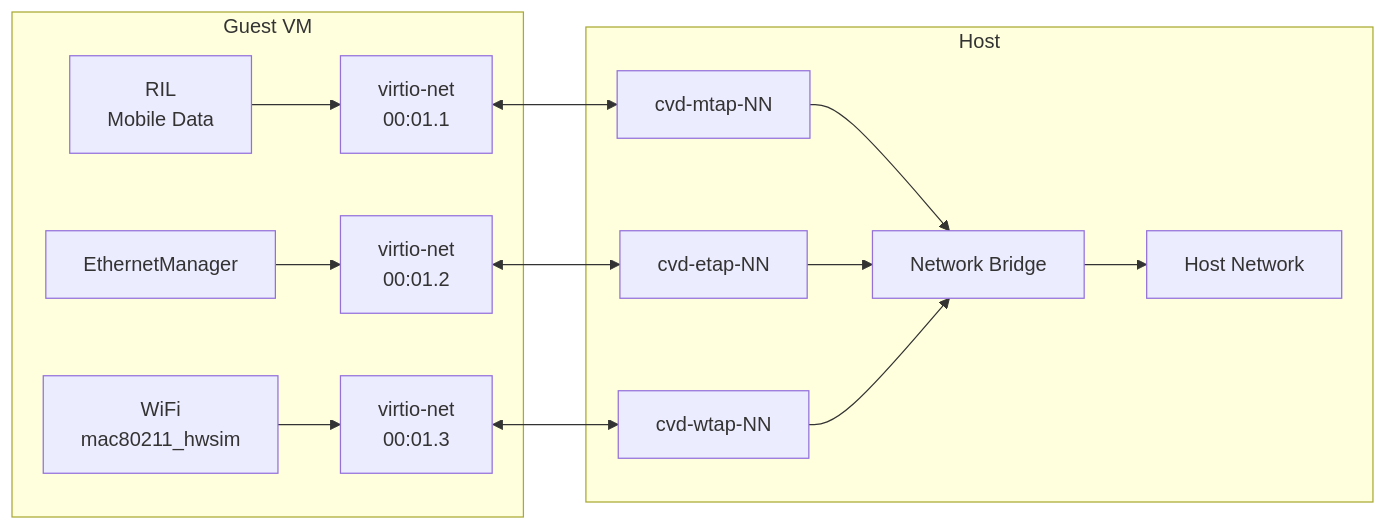
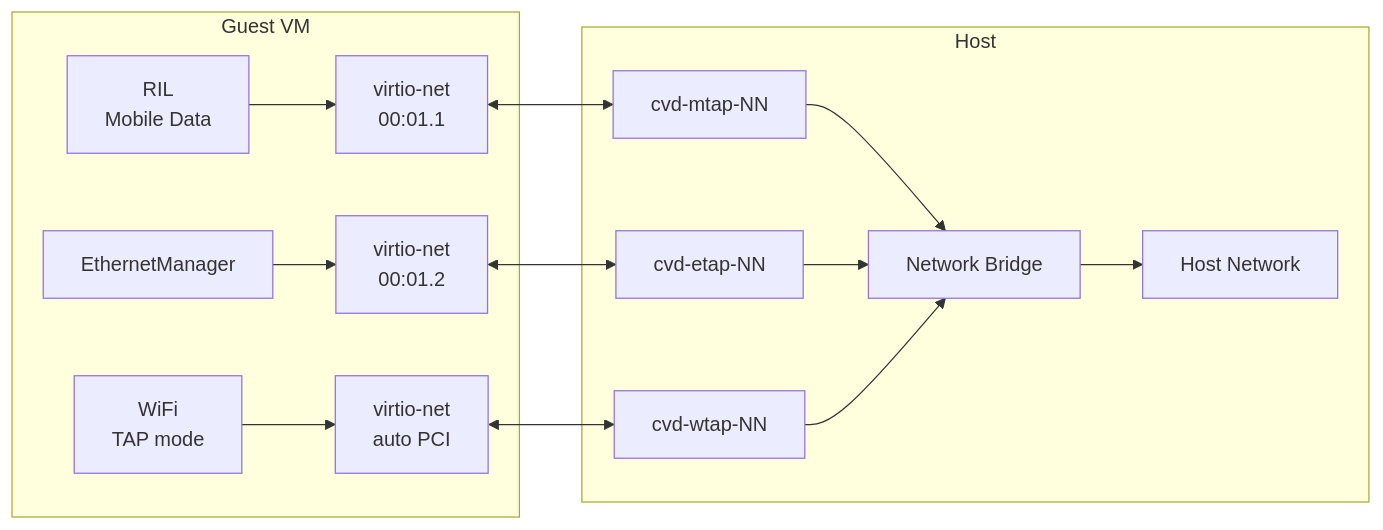
Diagram 16 of 20 in 60-emulator.md (aospbooks/aosp-internal-book), drawn with Mermaid before and after one commit. The commit also changed other lines of this file and 218 other files, not shown here.

````diff
--- a/60-emulator.md
+++ b/60-emulator.md
@@ -2650,19 +2678,19 @@
 ```mermaid
 graph LR
     subgraph Guest["Guest VM"]
         RMIL["RIL<br/>Mobile Data"] --> VN1["virtio-net<br/>00:01.1"]
         ETH["EthernetManager"] --> VN2["virtio-net<br/>00:01.2"]
-        WIFI["WiFi<br/>mac80211_hwsim"] --> VN3["virtio-net<br/>00:01.3"]
+        WIFI["WiFi<br/>TAP mode"] --> VN3["virtio-net<br/>auto PCI"]
     end
 
     subgraph Host["Host"]
         TAP1["cvd-mtap-NN"] --> BR["Network Bridge"]
         TAP2["cvd-etap-NN"] --> BR
         TAP3["cvd-wtap-NN"] --> BR
         BR --> HOST_NET["Host Network"]
     end
 
     VN1 <--> TAP1
     VN2 <--> TAP2
     VN3 <--> TAP3
 ```
````
